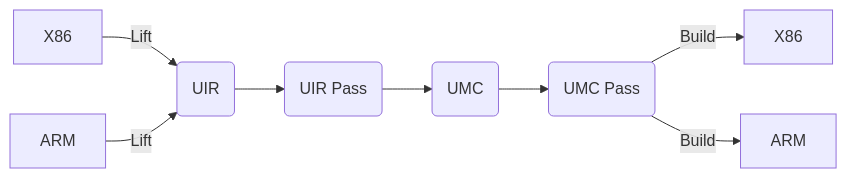
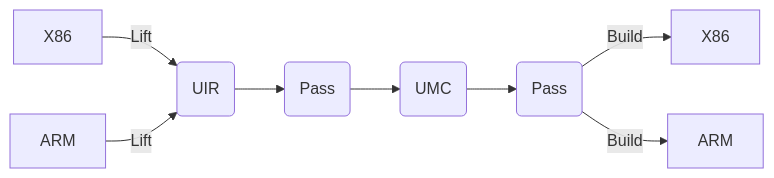
One commit to NewWorldComingSoon/UnknownRebuilder changed the diagram in README.md. Above: the diagram before and after it, drawn with Mermaid.

````diff
--- a/README.md
+++ b/README.md
@@ -8,10 +8,10 @@
 ```mermaid
 flowchart LR
 A1[X86] -->|Lift| B(UIR)
 A2[ARM] -->|Lift| B(UIR)
-B -->C(UIR Pass)
+B -->C(Pass)
 C -->D(UMC)
-D -->E(UMC Pass)
+D -->E(Pass)
 E -->|Build| F1[X86]
 E -->|Build| F2[ARM]
 ```
````
